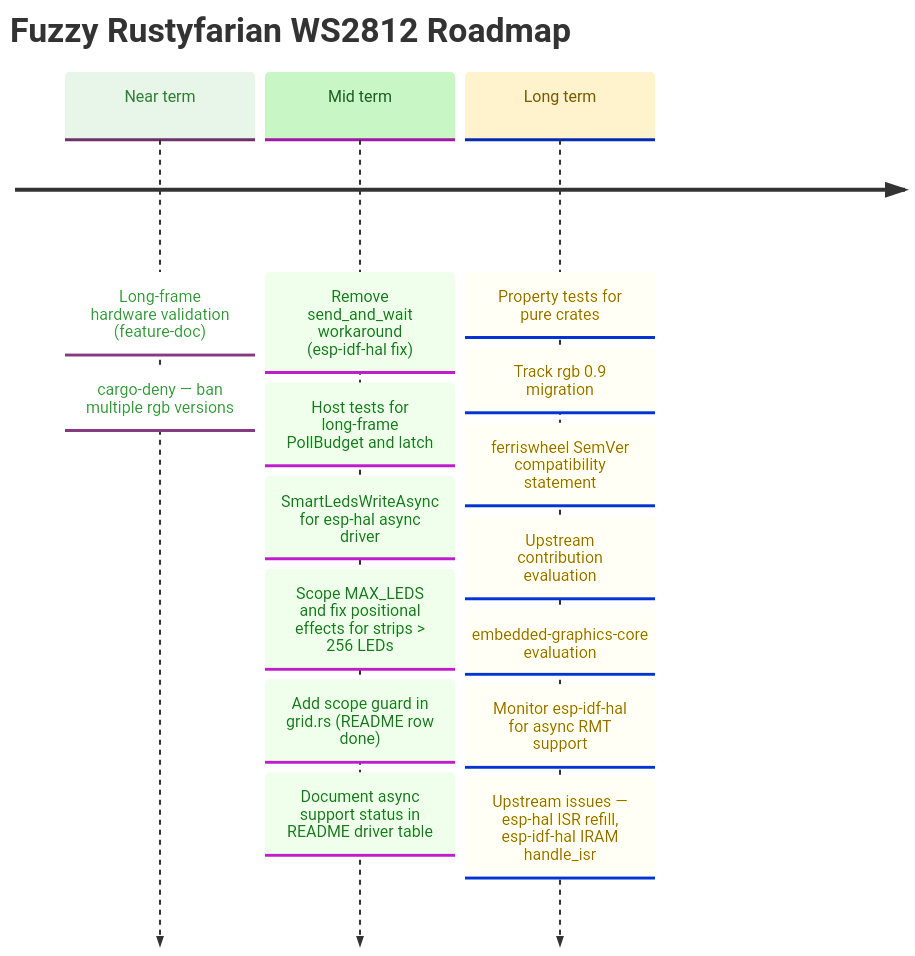
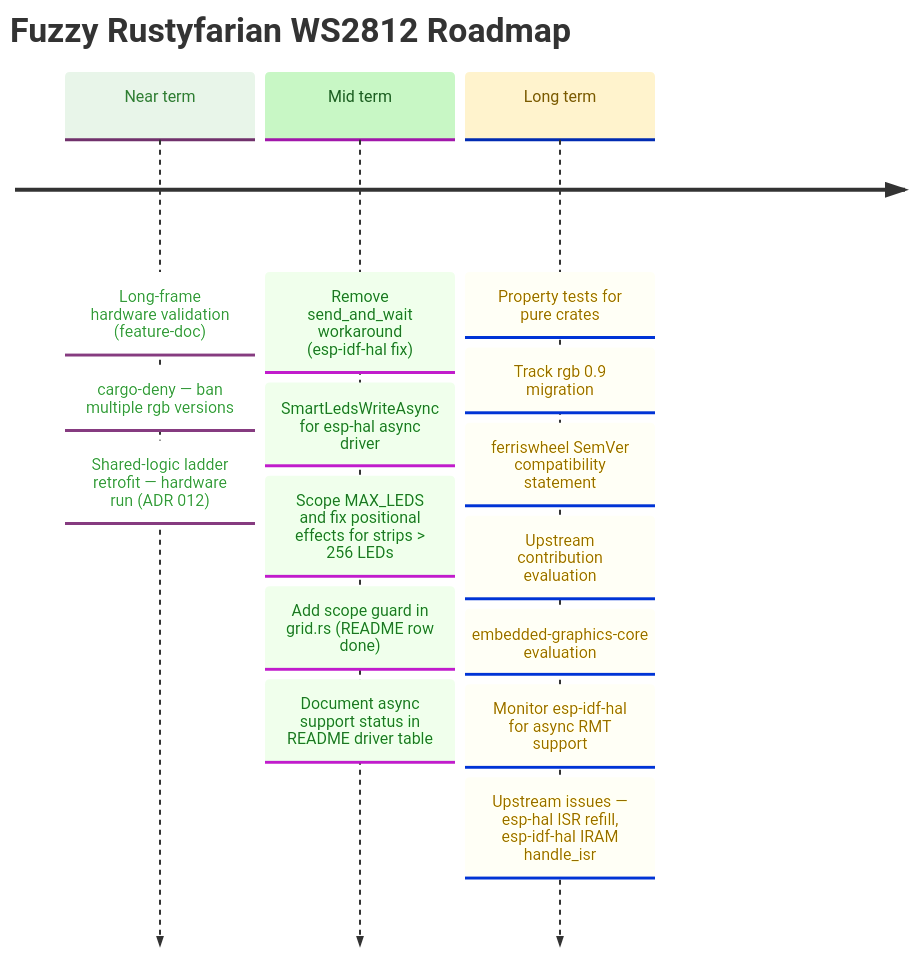
Before and after one commit to datenkollektiv/rustyfarian-ws2812: the diagram in docs/ROADMAP.md, drawn with Mermaid. The commit also changed other lines of this file and 15 other files, not shown here.

Commit message:
Shared tier logic climbs a three-rung ladder

````diff
--- a/docs/ROADMAP.md
+++ b/docs/ROADMAP.md
@@ -31,36 +31,36 @@
 ```mermaid
 %%{init: {
   "theme": "base",
   "themeVariables": {
     "cScale0": "#e8f5e9",
     "cScaleLabel0": "#2e7d32",
     "cScale1": "#c8f7c5",
     "cScaleLabel1": "#1b5e20",
     "cScale2": "#fff3cd",
     "cScaleLabel2": "#7a5a00",
     "cScale3": "#e3f2fd",
     "cScaleLabel3": "#0d47a1"
   }
 }}%%
 
 timeline
     title Fuzzy Rustyfarian WS2812 Roadmap
 
     Near term : Long-frame hardware validation (feature-doc)
               : cargo-deny — ban multiple rgb versions
+              : Shared-logic ladder retrofit — hardware run (ADR 012)
 
     Mid term  : Remove send_and_wait workaround (esp-idf-hal fix)
-              : Host tests for long-frame PollBudget and latch
               : SmartLedsWriteAsync for esp-hal async driver
               : Scope MAX_LEDS and fix positional effects for strips > 256 LEDs
               : Add scope guard in grid.rs (README row done)
               : Document async support status in README driver table
 
     Long term : Property tests for pure crates
               : Track rgb 0.9 migration
               : ferriswheel SemVer compatibility statement
               : Upstream contribution evaluation
               : embedded-graphics-core evaluation
               : Monitor esp-idf-hal for async RMT support
               : Upstream issues — esp-hal ISR refill, esp-idf-hal IRAM handle_isr
 ```
````
